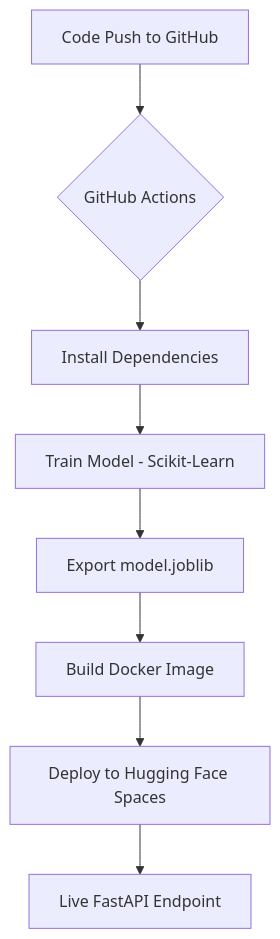
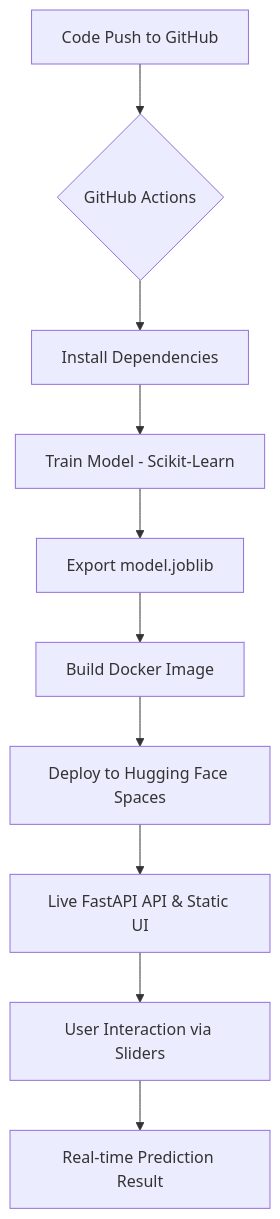
Before and after one commit to SadeepSachintha/Automated-ML-Deployment-System: the diagram in README.md, drawn with Mermaid. The commit also changed other lines of this file, not shown here.

````diff
--- a/README.md
+++ b/README.md
@@ -28,10 +29,12 @@
 ```mermaid
 graph TD
     A[Code Push to GitHub] --> B{GitHub Actions}
     B --> C[Install Dependencies]
     C --> D[Train Model - Scikit-Learn]
     D --> E[Export model.joblib]
     E --> F[Build Docker Image]
     F --> G[Deploy to Hugging Face Spaces]
-    G --> H[Live FastAPI Endpoint]
+    G --> H[Live FastAPI API & Static UI]
+    H --> I[User Interaction via Sliders]
+    I --> J[Real-time Prediction Result]
 ```
````
